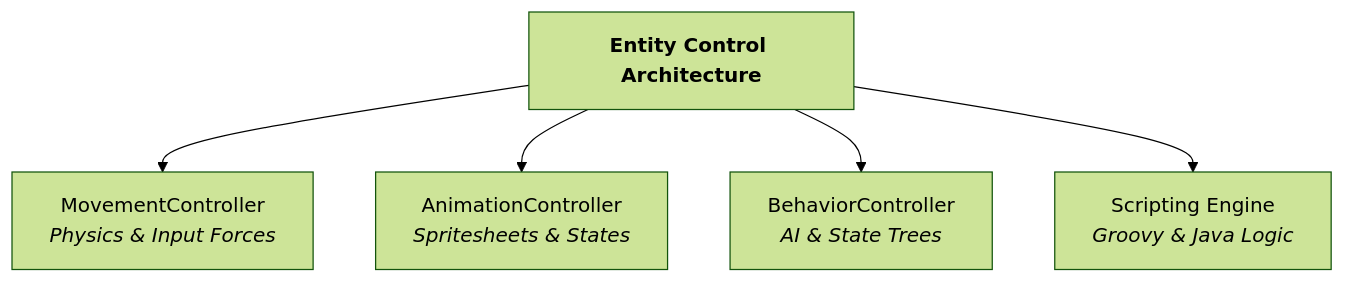
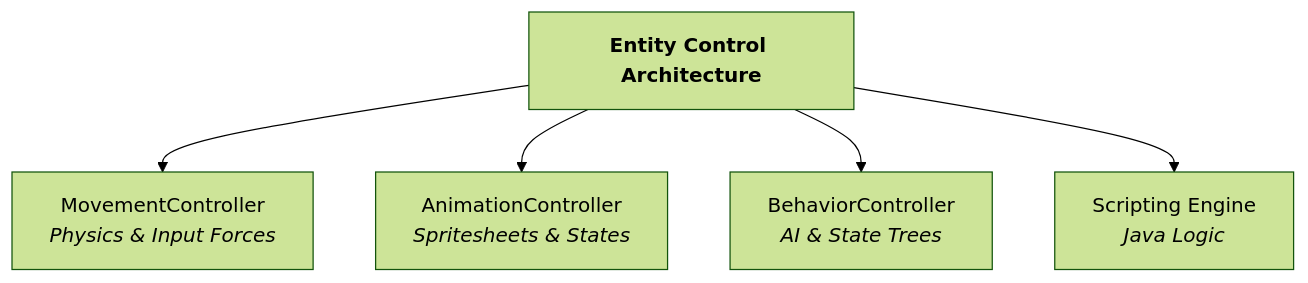
Before and after one commit to gurkenlabs/litiengine-docs: the diagram in docs/control-entities/README.md, drawn with Mermaid (forest theme). The commit also changed other lines of this file and 7 other files, not shown here.

Commit message:
docs: remove all Groovy references and standardize 100% on pure Java scripting

````diff
--- a/docs/control-entities/README.md
+++ b/docs/control-entities/README.md
@@ -11,8 +11,8 @@
 ```mermaid
 graph TD
   EC["<b>Entity Control Architecture</b>"]
   EC --> M["MovementController<br/><i>Physics & Input Forces</i>"]
   EC --> A["AnimationController<br/><i>Spritesheets & States</i>"]
   EC --> B["BehaviorController<br/><i>AI & State Trees</i>"]
-  EC --> S["Scripting Engine<br/><i>Groovy & Java Logic</i>"]
+  EC --> S["Scripting Engine<br/><i>Java Logic</i>"]
 ```
````
